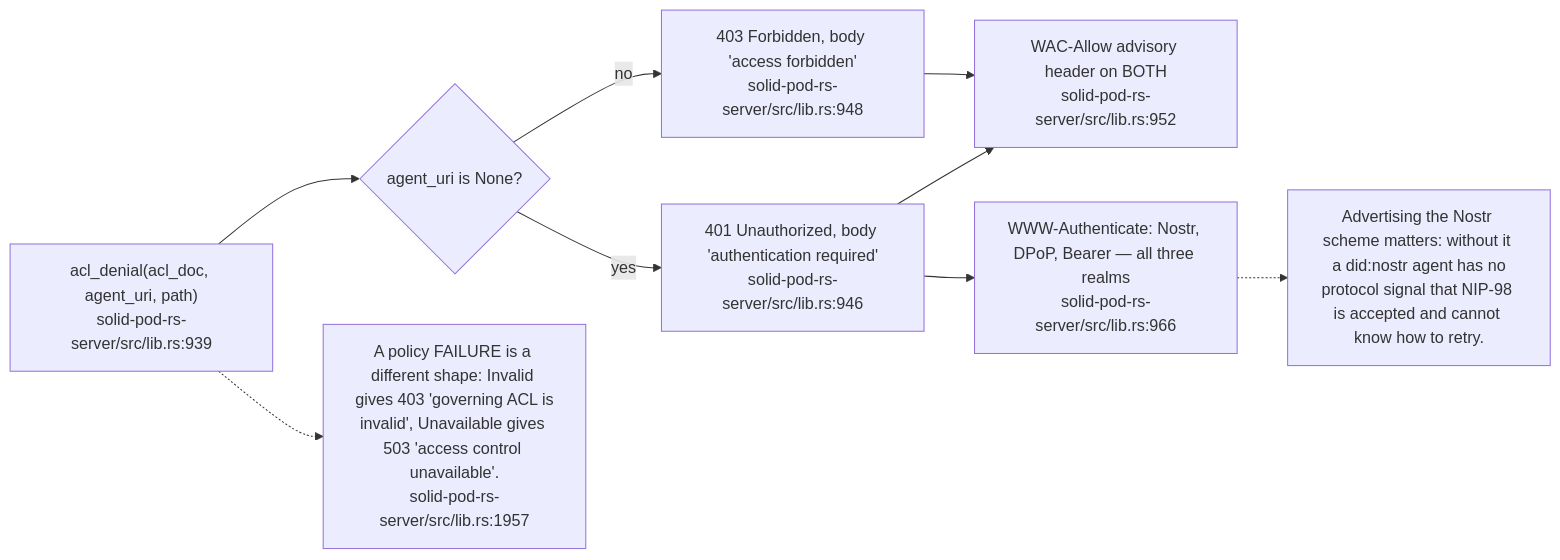
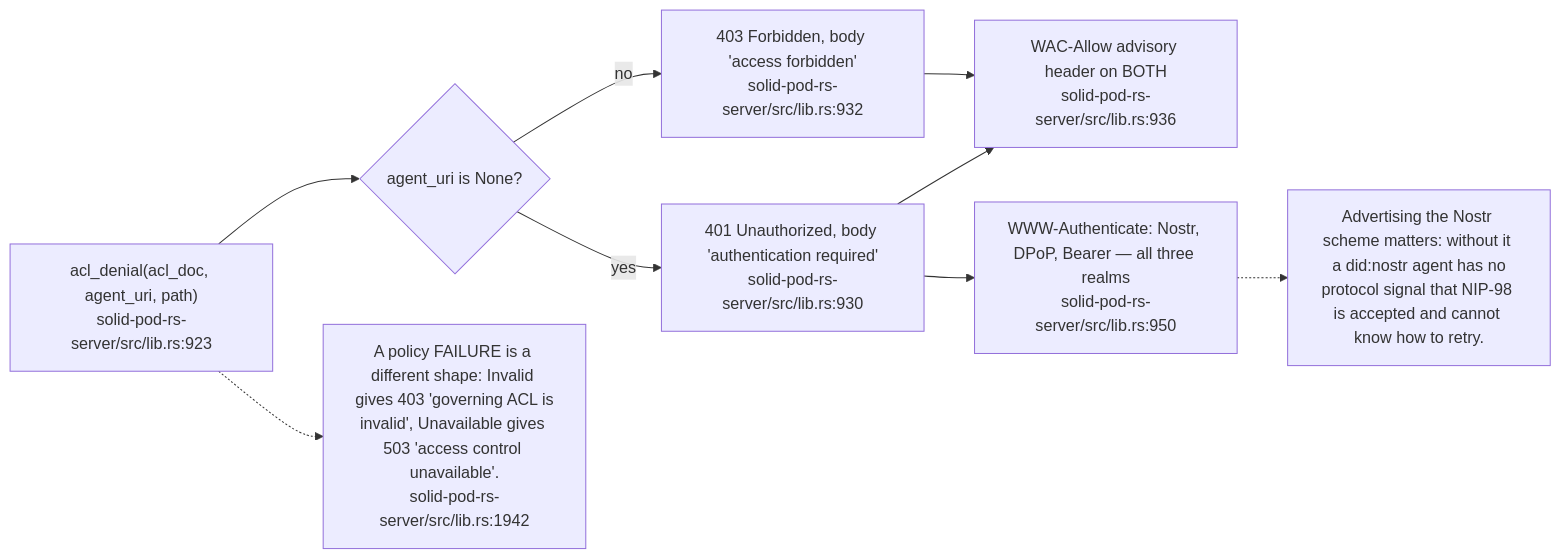
One commit to DreamLab-AI/VisionFlow changed diagram 12 of 13 in docs/diagrams/solid-pod-rs/04-wac-authorisation.md. Above: the diagram before and after it, drawn with Mermaid. The commit also changed other lines of this file and 21 other files, not shown here.

Commit message:
docs(diagrams): refresh first verified estate batch

````diff
--- a/docs/diagrams/solid-pod-rs/04-wac-authorisation.md
+++ b/docs/diagrams/solid-pod-rs/04-wac-authorisation.md
@@ -351,19 +351,19 @@
 ```mermaid
 flowchart LR
-    IN["acl_denial(acl_doc, agent_uri, path)<br/>solid-pod-rs-server/src/lib.rs:939"]
+    IN["acl_denial(acl_doc, agent_uri, path)<br/>solid-pod-rs-server/src/lib.rs:923"]
     ANON{"agent_uri is None?"}
-    U401["401 Unauthorized, body 'authentication required'<br/>solid-pod-rs-server/src/lib.rs:946"]
-    F403["403 Forbidden, body 'access forbidden'<br/>solid-pod-rs-server/src/lib.rs:948"]
-    WA["WAC-Allow advisory header on BOTH<br/>solid-pod-rs-server/src/lib.rs:952"]
-    CH["WWW-Authenticate: Nostr, DPoP, Bearer — all three realms<br/>solid-pod-rs-server/src/lib.rs:966"]
+    U401["401 Unauthorized, body 'authentication required'<br/>solid-pod-rs-server/src/lib.rs:930"]
+    F403["403 Forbidden, body 'access forbidden'<br/>solid-pod-rs-server/src/lib.rs:932"]
+    WA["WAC-Allow advisory header on BOTH<br/>solid-pod-rs-server/src/lib.rs:936"]
+    CH["WWW-Authenticate: Nostr, DPoP, Bearer — all three realms<br/>solid-pod-rs-server/src/lib.rs:950"]
 
     IN --> ANON
     ANON -- yes --> U401 --> WA
     ANON -- no --> F403 --> WA
     U401 --> CH
 
     N["Advertising the Nostr scheme matters: without it a did:nostr agent has no<br/>protocol signal that NIP-98 is accepted and cannot know how to retry."]
     CH -.-> N
-    N2["A policy FAILURE is a different shape: Invalid gives 403 'governing ACL is<br/>invalid', Unavailable gives 503 'access control unavailable'.<br/>solid-pod-rs-server/src/lib.rs:1957"]
+    N2["A policy FAILURE is a different shape: Invalid gives 403 'governing ACL is<br/>invalid', Unavailable gives 503 'access control unavailable'.<br/>solid-pod-rs-server/src/lib.rs:1942"]
     IN -.-> N2
 ```
````
